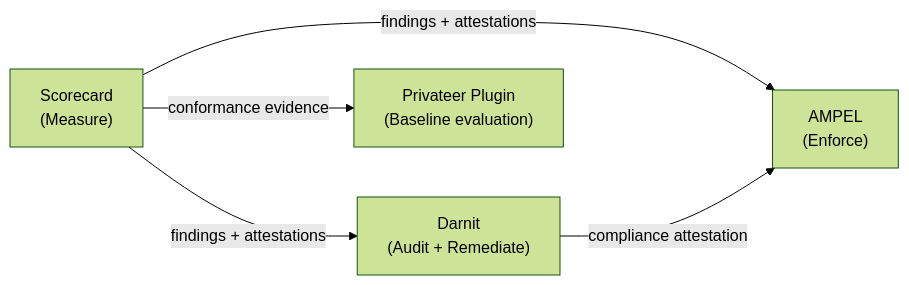
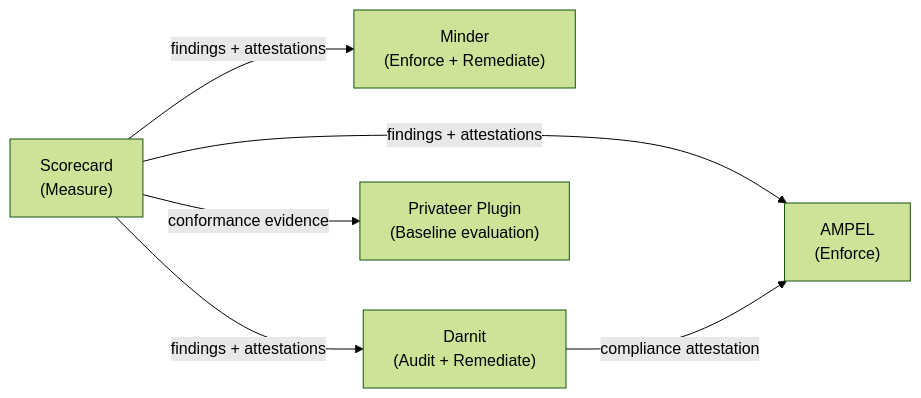
One commit to ossf/scorecard changed the first of 2 diagrams in openspec/changes/osps-baseline-conformance/proposal.md. Above: the diagram before and after it, drawn with Mermaid (forest theme). The commit also changed other lines of this file and 1 other file, not shown here.

First line of the commit message:
:seedling: Fix Darn→Darnit references; add Minder to ecosystem comparison

````diff
--- a/openspec/changes/osps-baseline-conformance/proposal.md
+++ b/openspec/changes/osps-baseline-conformance/proposal.md
@@ -48,7 +48,8 @@
 ```mermaid
 flowchart LR
-    Scorecard["Scorecard<br/>(Measure)"] -->|findings + attestations| Darnit["Darnit<br/>(Audit + Remediate)"]
+    Scorecard["Scorecard<br/>(Measure)"] -->|findings + attestations| Minder["Minder<br/>(Enforce + Remediate)"]
+    Scorecard -->|findings + attestations| Darnit["Darnit<br/>(Audit + Remediate)"]
     Scorecard -->|findings + attestations| AMPEL["AMPEL<br/>(Enforce)"]
     Darnit -->|compliance attestation| AMPEL
     Scorecard -->|conformance evidence| Privateer["Privateer Plugin<br/>(Baseline evaluation)"]
 ```
````
